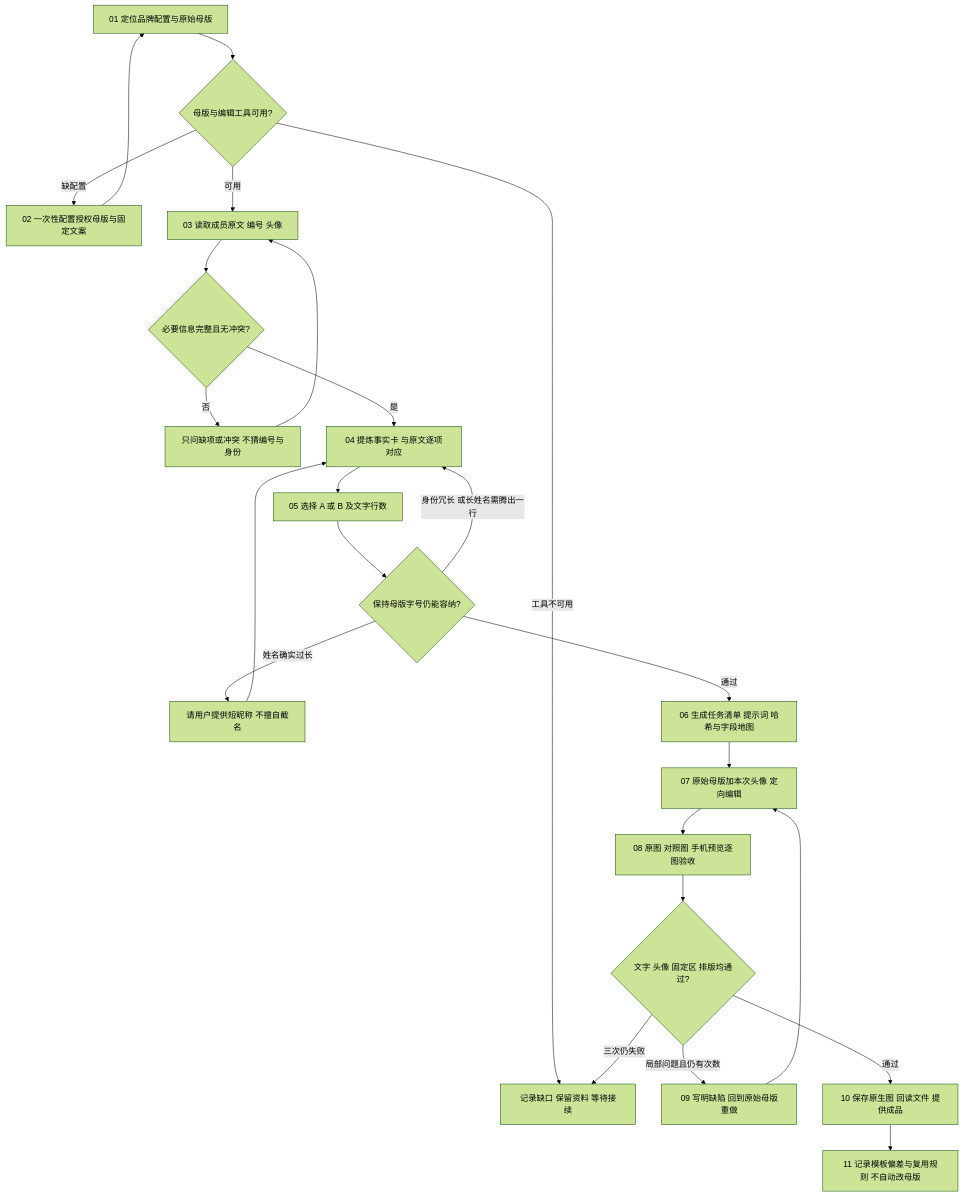
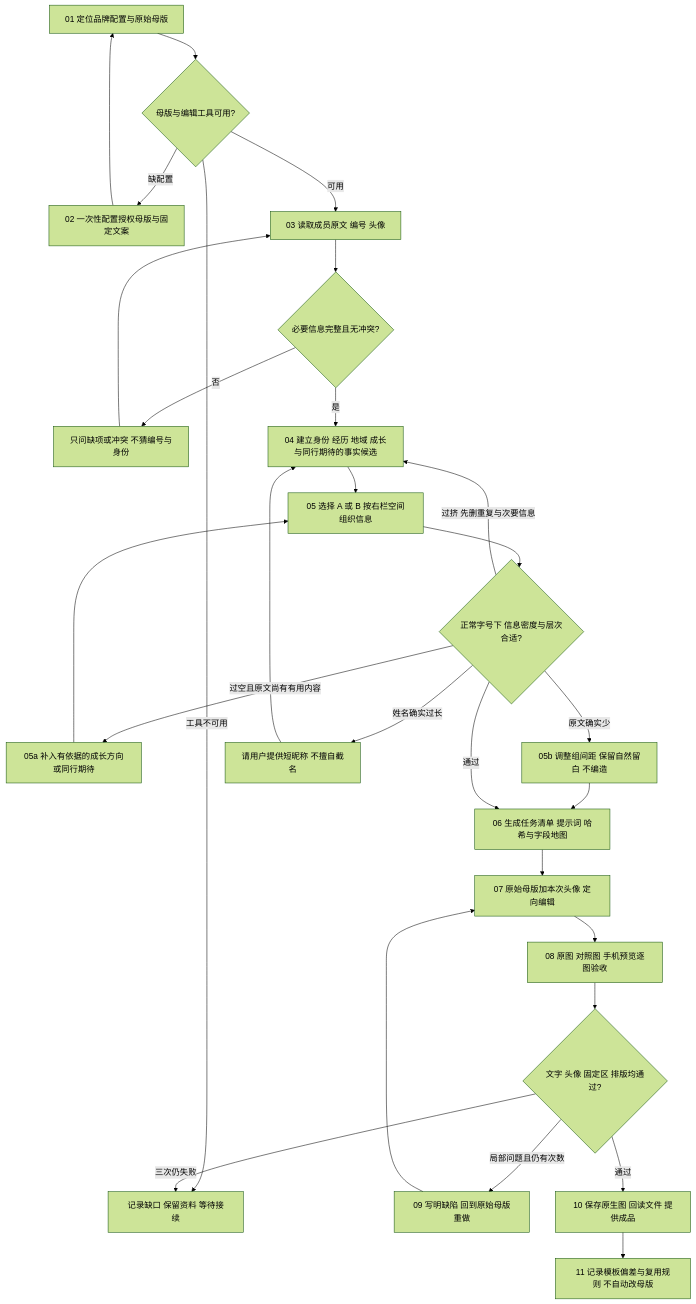
Before and after one commit to banmu23/banmu-skills: the diagram in plugins/ai-companion-welcome-poster/skills/ai-companion-welcome-poster/references/workflow.md, drawn with Mermaid (forest theme). The commit also changed other lines of this file and 17 other files, not shown here.

````diff
--- a/plugins/ai-companion-welcome-poster/skills/ai-companion-welcome-poster/references/workflow.md
+++ b/plugins/ai-companion-welcome-poster/skills/ai-companion-welcome-poster/references/workflow.md
@@ -5,26 +5,30 @@
 ```mermaid
 flowchart TD
     N01[01 定位品牌配置与原始母版] --> Q1{母版与编辑工具可用?}
     Q1 -->|缺配置| N02[02 一次性配置授权母版与固定文案]
     N02 --> N01
     Q1 -->|工具不可用| STOP[记录缺口 保留资料 等待接续]
     Q1 -->|可用| N03[03 读取成员原文 编号 头像]
     N03 --> Q3{必要信息完整且无冲突?}
     Q3 -->|否| ASK[只问缺项或冲突 不猜编号与身份]
     ASK --> N03
-    Q3 -->|是| N04[04 提炼事实卡 与原文逐项对应]
-    N04 --> N05[05 选择 A 或 B 及文字行数]
-    N05 --> Q5{保持母版字号仍能容纳?}
-    Q5 -->|身份冗长 或长姓名需腾出一行| N04
+    Q3 -->|是| N04[04 建立身份 经历 地域 成长与同行期待的事实候选]
+    N04 --> N05[05 选择 A 或 B 按右栏空间组织信息]
+    N05 --> Q5{正常字号下 信息密度与层次合适?}
+    Q5 -->|过挤 先删重复与次要信息| N04
+    Q5 -->|过空且原文尚有有用内容| MORE[05a 补入有依据的成长方向或同行期待]
+    MORE --> N05
+    Q5 -->|原文确实少| SPACE[05b 调整组间距 保留自然留白 不编造]
+    SPACE --> N06
     Q5 -->|姓名确实过长| ASKNAME[请用户提供短昵称 不擅自截名]
     ASKNAME --> N04
     Q5 -->|通过| N06[06 生成任务清单 提示词 哈希与字段地图]
     N06 --> N07[07 原始母版加本次头像 定向编辑]
     N07 --> N08[08 原图 对照图 手机预览逐图验收]
     N08 --> Q8{文字 头像 固定区 排版均通过?}
     Q8 -->|局部问题且仍有次数| N09[09 写明缺陷 回到原始母版重做]
     N09 --> N07
     Q8 -->|三次仍失败| STOP
     Q8 -->|通过| N10[10 保存原生图 回读文件 提供成品]
     N10 --> N11[11 记录模板偏差与复用规则 不自动改母版]
 ```
````
